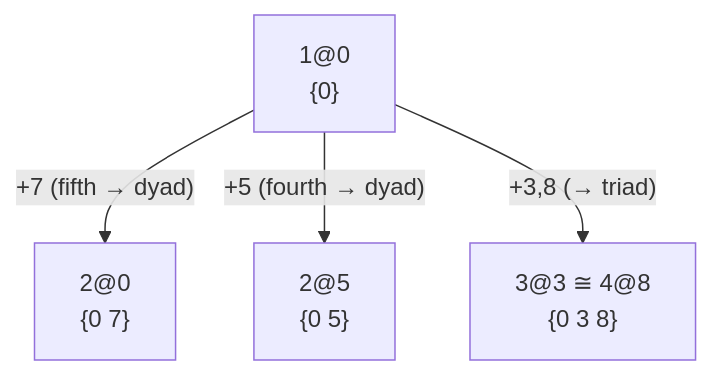
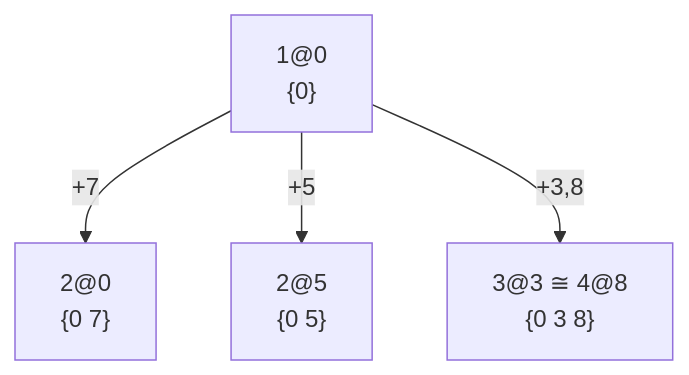
Before and after one commit to jkvastad/Melodroid-3: the second of 4 diagrams in website/docs/music/placements.mdx, drawn with Mermaid. The commit also changed other lines of this file, not shown here.

````diff
--- a/website/docs/music/placements.mdx
+++ b/website/docs/music/placements.mdx
@@ -75,11 +133,11 @@
 ```mermaid
 flowchart TD
     T["1@0<br/>{0}"]
     D0["2@0<br/>{0 7}"]
     D5["2@5<br/>{0 5}"]
     X["3@3 ≅ 4@8<br/>{0 3 8}"]
 
-    T -- "+7  (fifth → dyad)" --> D0
-    T -- "+5  (fourth → dyad)" --> D5
-    T -- "+3,8  (→ triad)" --> X
+    T -- "+7" --> D0
+    T -- "+5" --> D5
+    T -- "+3,8" --> X
 ```
````
